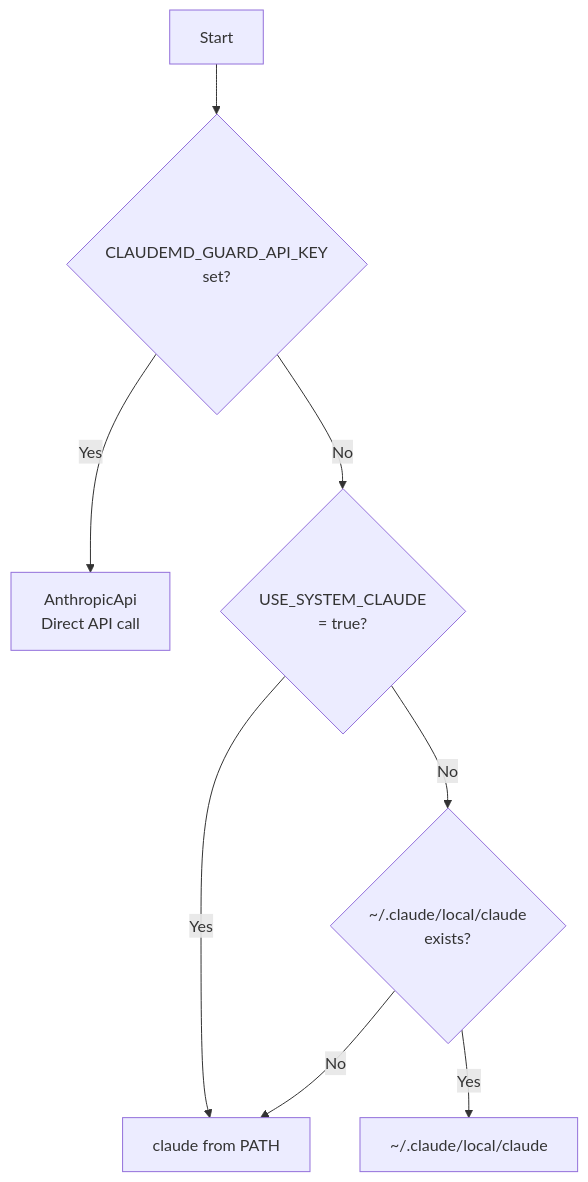
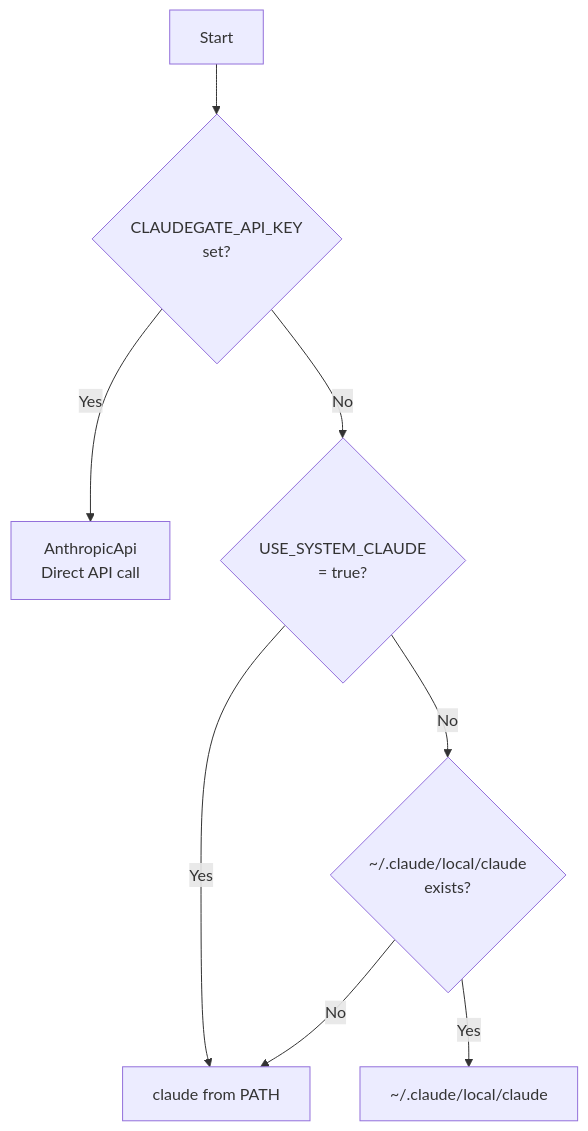
One commit to Hiro-Chiba/claudemd-guard changed the fourth of 5 diagrams in docs/architecture.md. Above: the diagram before and after it, drawn with Mermaid. The commit also changed other lines of this file and 19 other files, not shown here.

First line of the commit message:
chore: rename project from claudemd-guard to claudegate (#22)

````diff
--- a/docs/architecture.md
+++ b/docs/architecture.md
@@ -102,10 +102,10 @@
 ```mermaid
 flowchart TD
-    Start[Start] --> CheckAPI{CLAUDEMD_GUARD_API_KEY<br/>set?}
+    Start[Start] --> CheckAPI{CLAUDEGATE_API_KEY<br/>set?}
     CheckAPI -->|Yes| API[AnthropicApi<br/>Direct API call]
     CheckAPI -->|No| CheckSystem{USE_SYSTEM_CLAUDE<br/>= true?}
     CheckSystem -->|Yes| PATH[claude from PATH]
     CheckSystem -->|No| CheckLocal{~/.claude/local/claude<br/>exists?}
     CheckLocal -->|Yes| Local[~/.claude/local/claude]
     CheckLocal -->|No| PATH
 ```
````
